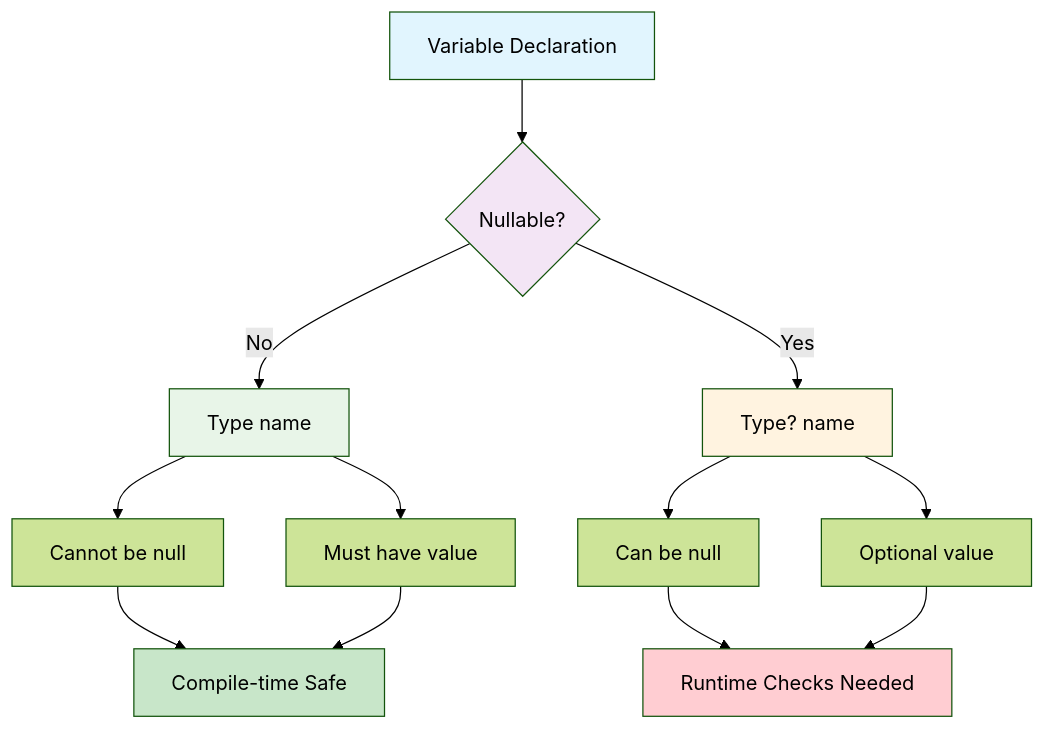
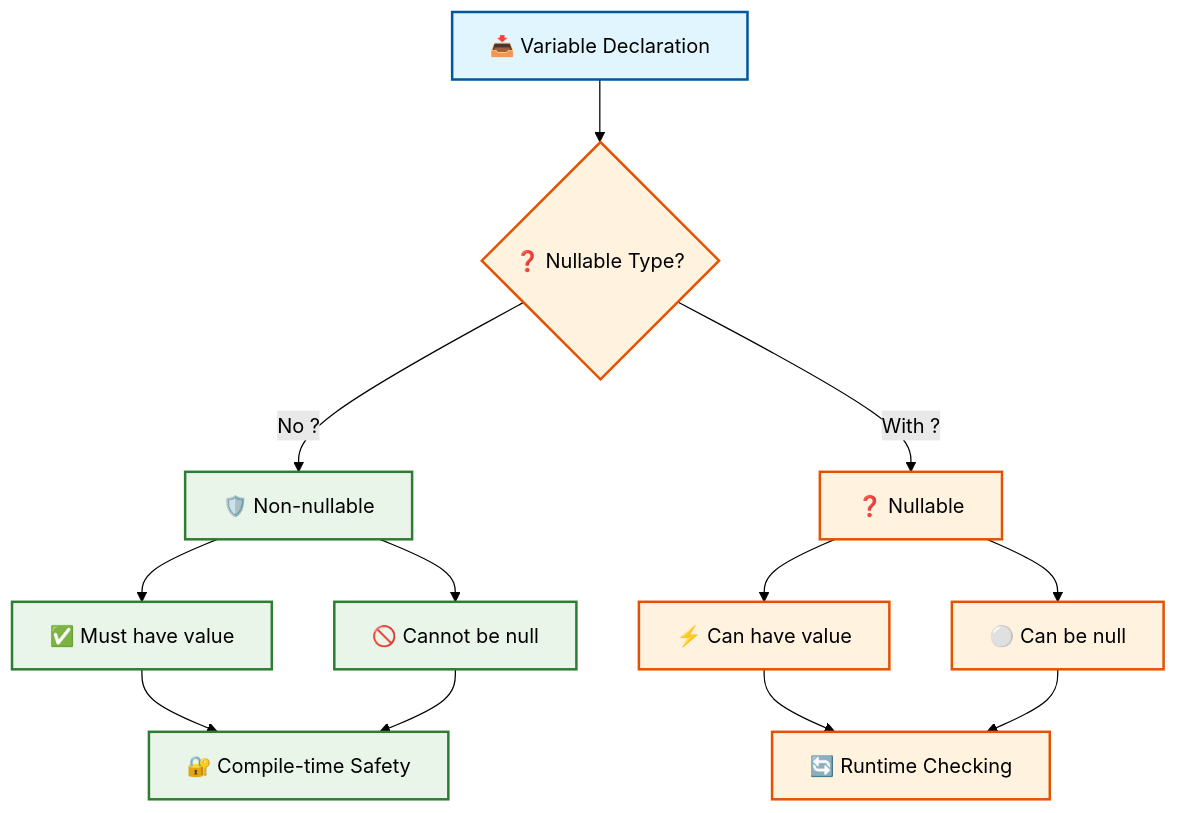
One commit to antonprafanto/flutter changed the ninth of 14 diagrams in minggu1.md. Above: the diagram before and after it, drawn with Mermaid (forest theme). The commit also changed other lines of this file, not shown here.

````diff
--- a/minggu1.md
+++ b/minggu1.md
@@ -396,24 +521,28 @@
 ```mermaid
 flowchart TD
-    A[Variable Declaration] --> B{Nullable?}
-    B -->|No| C[Type name]
-    B -->|Yes| D[Type? name]
+    A[📥 Variable Declaration] --> B{❓ Nullable Type?}
+    B -->|No ?| C[🛡️ Non-nullable]
+    B -->|With ?| D[❓ Nullable]
     
-    C --> E[Cannot be null]
-    C --> F[Must have value]
+    C --> E[✅ Must have value]
+    C --> F[🚫 Cannot be null]
     
-    D --> G[Can be null]
-    D --> H[Optional value]
+    D --> G[⚡ Can have value]
+    D --> H[⚪ Can be null]
     
-    E --> I[Compile-time Safe]
+    E --> I[🔐 Compile-time Safety]
     F --> I
-    G --> J[Runtime Checks Needed]
+    G --> J[🔄 Runtime Checking]
     H --> J
     
-    style A fill:#e1f5fe
-    style B fill:#f3e5f5
-    style C fill:#e8f5e8
-    style D fill:#fff3e0
-    style I fill:#c8e6c9
-    style J fill:#ffcdd2
+    style A fill:#e1f5fe,stroke:#01579b,stroke-width:2px,color:#000
+    style B fill:#fff3e0,stroke:#e65100,stroke-width:2px,color:#000
+    style C fill:#e8f5e8,stroke:#2e7d32,stroke-width:2px,color:#000
+    style D fill:#fff3e0,stroke:#e65100,stroke-width:2px,color:#000
+    style E fill:#e8f5e8,stroke:#2e7d32,stroke-width:2px,color:#000
+    style F fill:#e8f5e8,stroke:#2e7d32,stroke-width:2px,color:#000
+    style G fill:#fff3e0,stroke:#e65100,stroke-width:2px,color:#000
+    style H fill:#fff3e0,stroke:#e65100,stroke-width:2px,color:#000
+    style I fill:#e8f5e8,stroke:#2e7d32,stroke-width:2px,color:#000
+    style J fill:#fff3e0,stroke:#e65100,stroke-width:2px,color:#000
 ```
````
